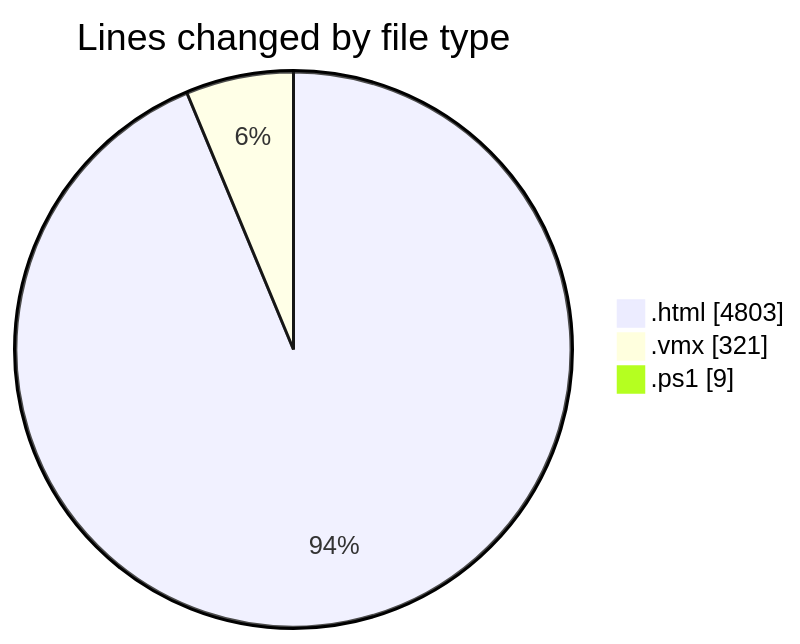
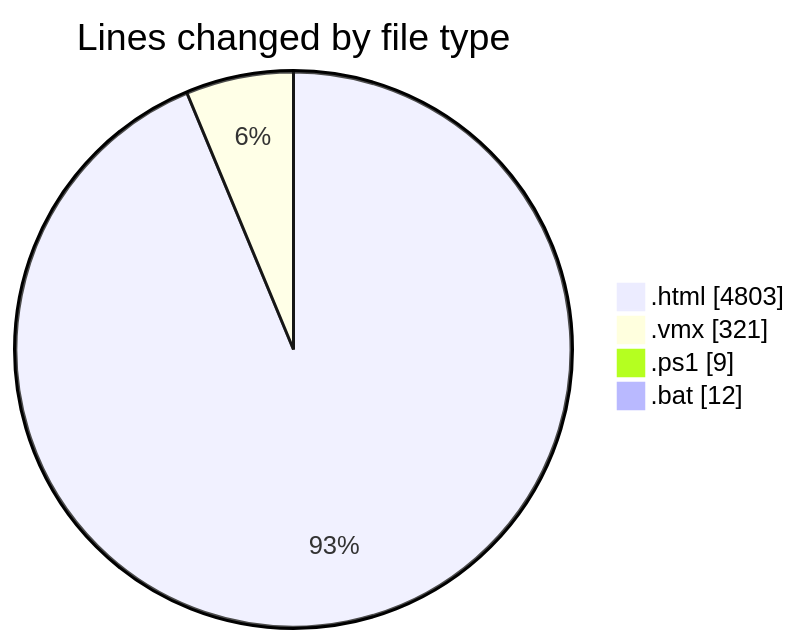
The first of 2 diagrams in 2026-07-13/untitled__workspace_/README.md (shibass792/code-tracking), drawn with Mermaid before and after one commit. The commit also changed other lines of this file and 1 other file, not shown here.

````diff
--- a/2026-07-13/untitled__workspace_/README.md
+++ b/2026-07-13/untitled__workspace_/README.md
@@ -23,7 +24,8 @@
 ```mermaid
 pie showData
 title Lines changed by file type
 ".html" : 4803
 ".vmx" : 321
 ".ps1" : 9
+".bat" : 12
 ```
````
